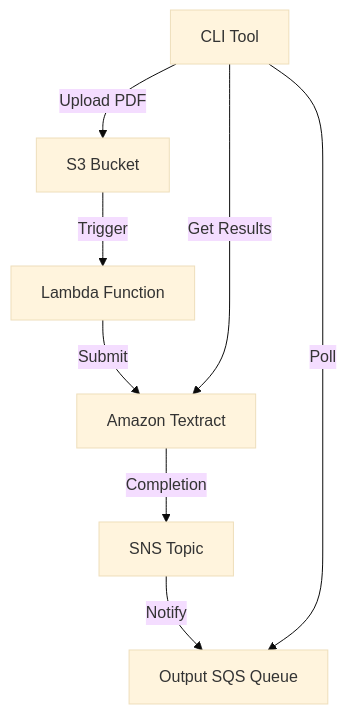
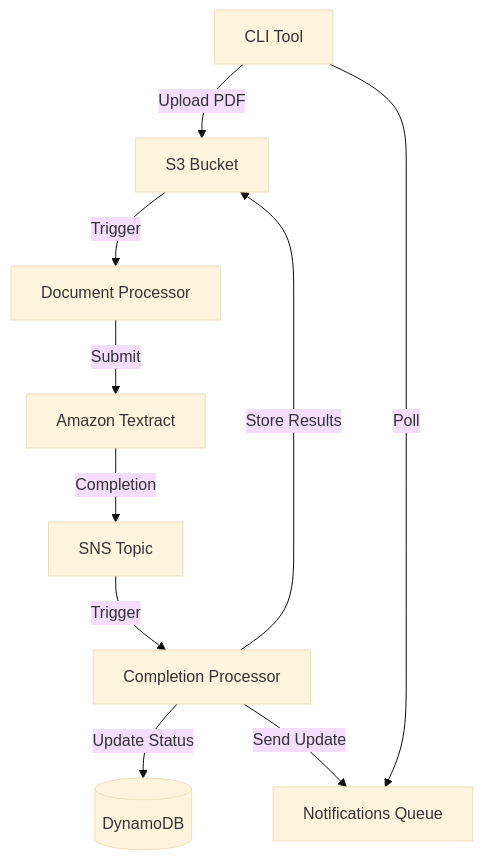
One commit to go-go-golems/go-go-labs changed the first of 2 diagrams in cmd/apps/textractor/PLAN.md. Above: the diagram before and after it, drawn with Mermaid (base theme). The commit also changed other lines of this file, not shown here.

````diff
--- a/cmd/apps/textractor/PLAN.md
+++ b/cmd/apps/textractor/PLAN.md
@@ -123,10 +119,12 @@
 ```mermaid
 graph TD
     CLI[CLI Tool] -->|Upload PDF| S3[S3 Bucket]
-    S3 -->|Trigger| Lambda[Lambda Function]
-    Lambda -->|Submit| Textract[Amazon Textract]
+    S3 -->|Trigger| DocLambda[Document Processor]
+    DocLambda -->|Submit| Textract[Amazon Textract]
     Textract -->|Completion| SNS[SNS Topic]
-    SNS -->|Notify| OutputSQS[Output SQS Queue]
-    CLI -->|Poll| OutputSQS
-    CLI -->|Get Results| Textract
+    SNS -->|Trigger| CompLambda[Completion Processor]
+    CompLambda -->|Store Results| S3
+    CompLambda -->|Update Status| DDB[(DynamoDB)]
+    CompLambda -->|Send Update| NotifQ[Notifications Queue]
+    CLI -->|Poll| NotifQ
 ```
````
